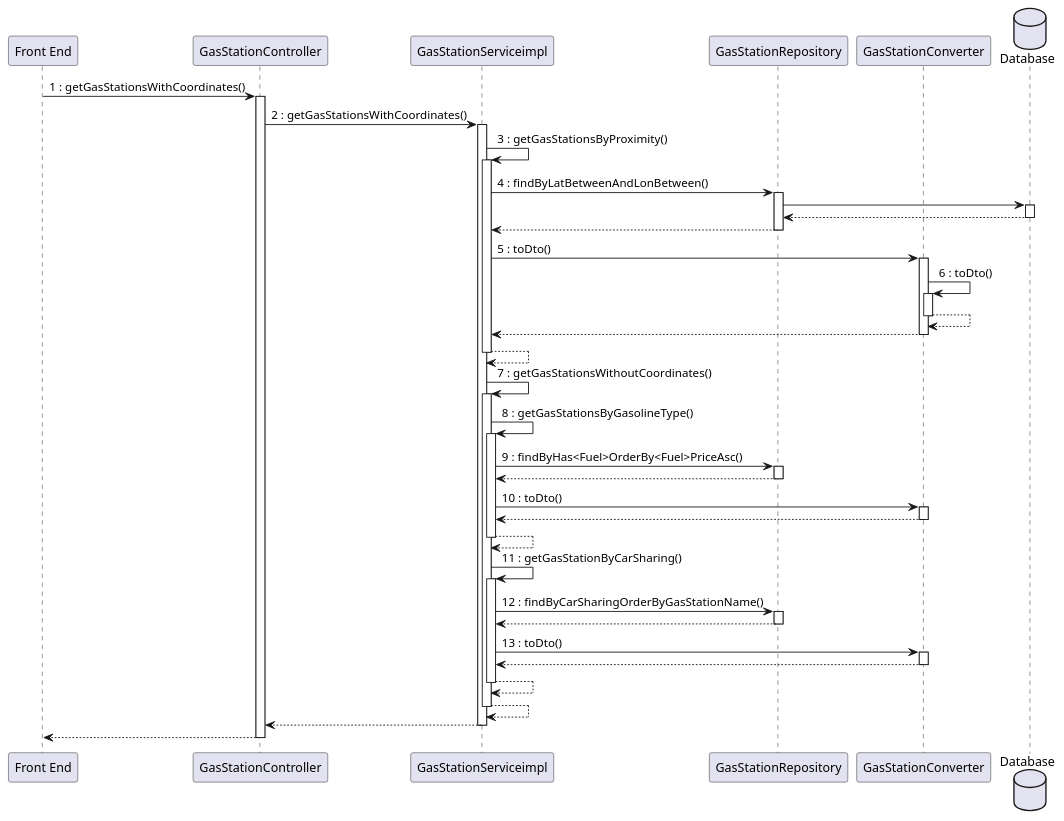
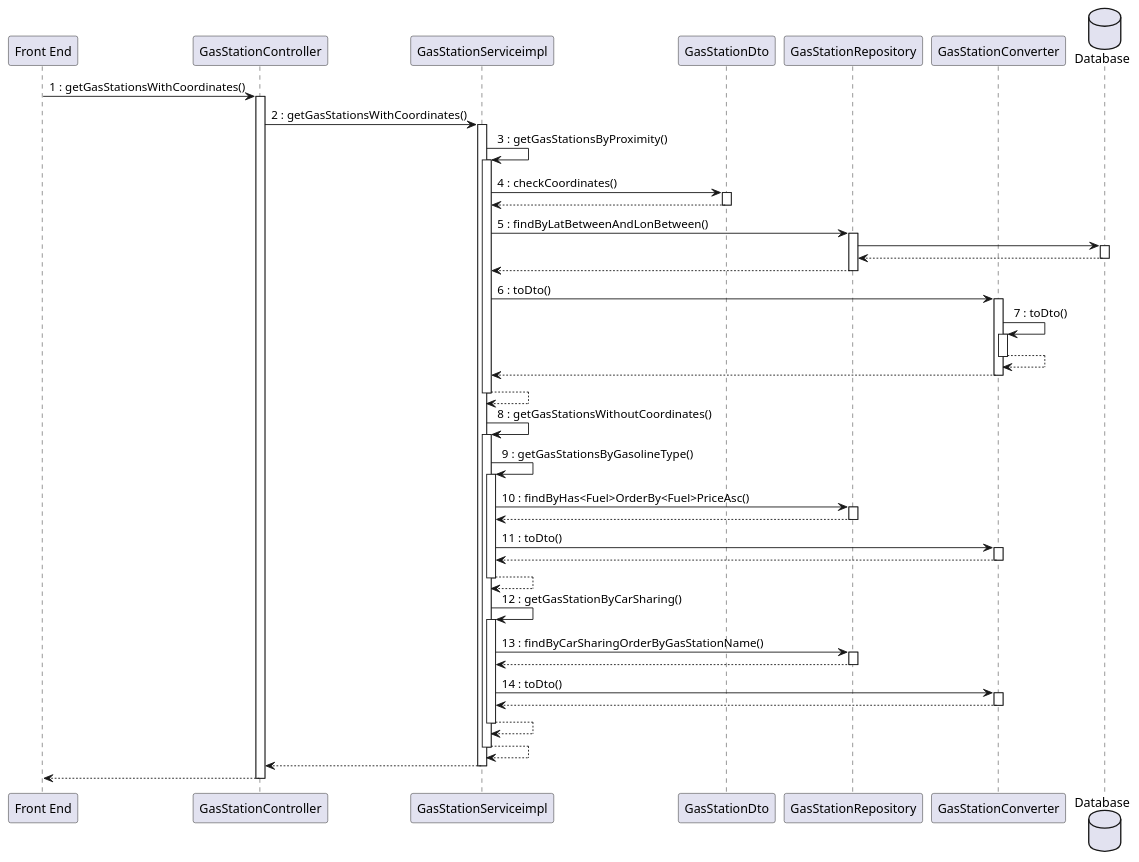
One commit to mosTavassoli/ezgas changed diagram 12 of 15 in docs/DesignDocument.md. Above: the diagram before and after it, drawn with PlantUML. The commit also changed other lines of this file, not shown here.

Commit message:
docs(DesignDocument): edit sequence diagram

````diff
--- a/docs/DesignDocument.md
+++ b/docs/DesignDocument.md
@@ -836,49 +875,54 @@
 ```plantuml
 database Database order 30
 "Front End" -> GasStationController:1 : getGasStationsWithCoordinates()
 activate GasStationController
 GasStationController -> GasStationServiceimpl:2 : getGasStationsWithCoordinates()
 activate GasStationServiceimpl
 
 GasStationServiceimpl -> GasStationServiceimpl: 3 : getGasStationsByProximity()
 activate GasStationServiceimpl
-GasStationServiceimpl -> GasStationRepository: 4 : findByLatBetweenAndLonBetween()
+GasStationServiceimpl -> GasStationDto: 4 : checkCoordinates()
+activate GasStationDto
+return
+
+
+GasStationServiceimpl -> GasStationRepository: 5 : findByLatBetweenAndLonBetween()
 activate GasStationRepository
 GasStationRepository -> Database
 activate Database
 return
 return
-GasStationServiceimpl -> GasStationConverter: 5 : toDto()
+GasStationServiceimpl -> GasStationConverter: 6 : toDto()
 activate GasStationConverter
-GasStationConverter -> GasStationConverter: 6 : toDto()
+GasStationConverter -> GasStationConverter: 7 : toDto()
 activate GasStationConverter
 return
 return
 return
 
-GasStationServiceimpl -> GasStationServiceimpl: 7 : getGasStationsWithoutCoordinates()
+GasStationServiceimpl -> GasStationServiceimpl: 8 : getGasStationsWithoutCoordinates()
 activate GasStationServiceimpl
-GasStationServiceimpl -> GasStationServiceimpl: 8 : getGasStationsByGasolineType()
+GasStationServiceimpl -> GasStationServiceimpl: 9 : getGasStationsByGasolineType()
 activate GasStationServiceimpl
-GasStationServiceimpl ->GasStationRepository: 9 : findByHas<Fuel>OrderBy<Fuel>PriceAsc()
+GasStationServiceimpl ->GasStationRepository: 10 : findByHas<Fuel>OrderBy<Fuel>PriceAsc()
 activate GasStationRepository
 return
-GasStationServiceimpl -> GasStationConverter: 10 : toDto()
+GasStationServiceimpl -> GasStationConverter: 11 : toDto()
 activate GasStationConverter
 
 return
 
 return
-GasStationServiceimpl -> GasStationServiceimpl: 11 : getGasStationByCarSharing()
+GasStationServiceimpl -> GasStationServiceimpl: 12 : getGasStationByCarSharing()
 activate GasStationServiceimpl
-GasStationServiceimpl -> GasStationRepository: 12 : findByCarSharingOrderByGasStationName()
+GasStationServiceimpl -> GasStationRepository: 13 : findByCarSharingOrderByGasStationName()
 activate GasStationRepository
 return
-GasStationServiceimpl -> GasStationConverter: 13 : toDto()
+GasStationServiceimpl -> GasStationConverter: 14 : toDto()
 activate GasStationConverter
 return
 return
 return
 return
 return
 ```
````
